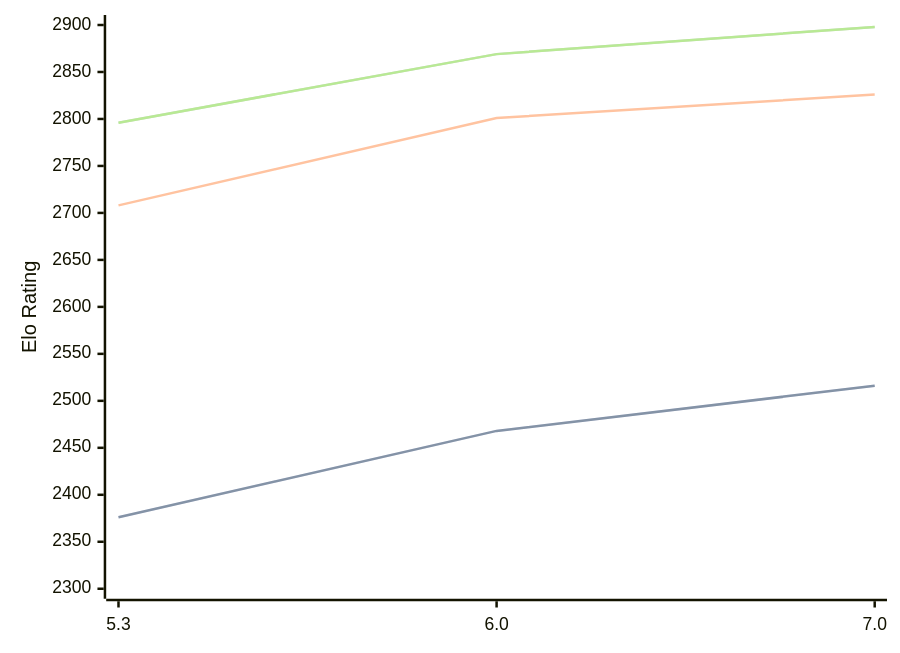
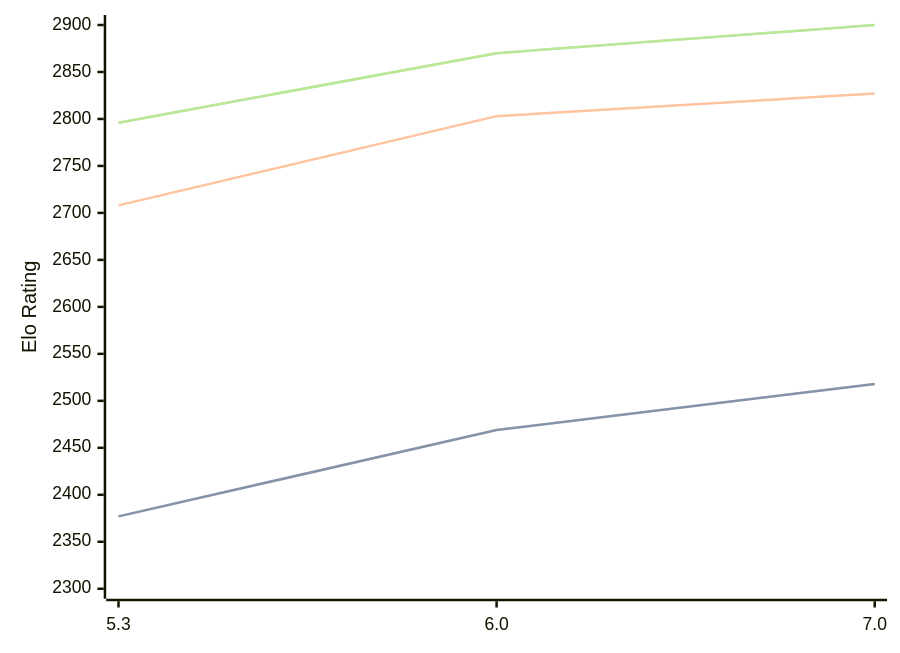
The diagram in engines/tomitankChess.md (computer-chess-index/cci), drawn with Mermaid before and after one commit. The commit also changed other lines of this file, not shown here.

Commit message:
Update CCI Ratings (ELO VLTC) - 2026-08-15

````diff
--- a/engines/tomitankChess.md
+++ b/engines/tomitankChess.md
@@ -33,11 +33,11 @@
 ```mermaid
 %%{init: {"theme":"base","themeVariables":{"seriesColors:['#a3a3a3','#222221','#faa371']}}}%%
 xychart-beta
   x-axis ["5.3", "6.0", "7.0"]
   y-axis "Elo Rating" 2300 --> 2900
-  line "STC (8.0+0.08s)" [2376, 2468, 2516]
-  line "STC (8.0+0.08s)" [2376, 2468, 2516]
-  line "LTC (60.0+0.60s)" [2708, 2801, 2826]
-  line "VLTC (2m24s+1.12s)" [2796, 2869, 2898]
-  line "VLTC (2m24s+1.12s)" [2796, 2869, 2898]
+  line "STC (8.0+0.08s)" [2377, 2469, 2518]
+  line "STC (8.0+0.08s)" [2377, 2469, 2518]
+  line "LTC (60.0+0.60s)" [2708, 2803, 2827]
+  line "VLTC (2m24s+1.12s)" [2796, 2870, 2900]
+  line "VLTC (2m24s+1.12s)" [2796, 2870, 2900]
 ```
````
